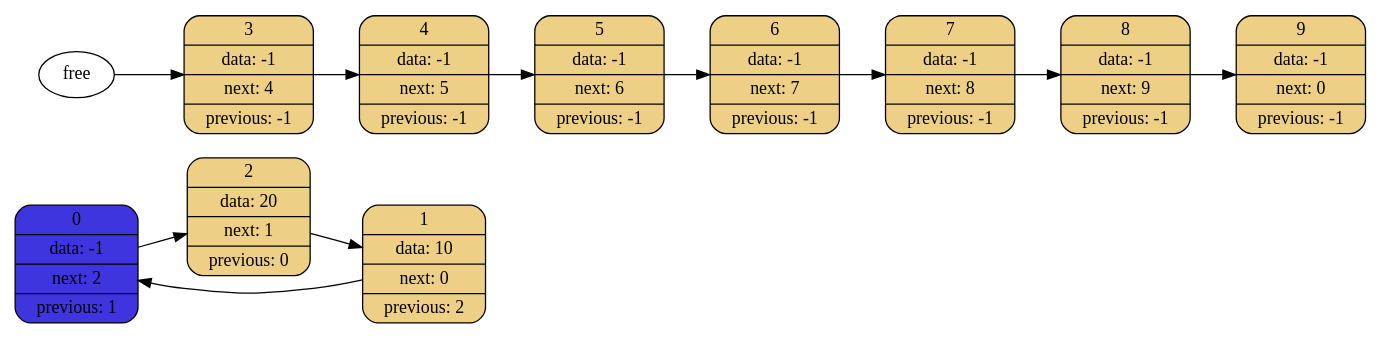
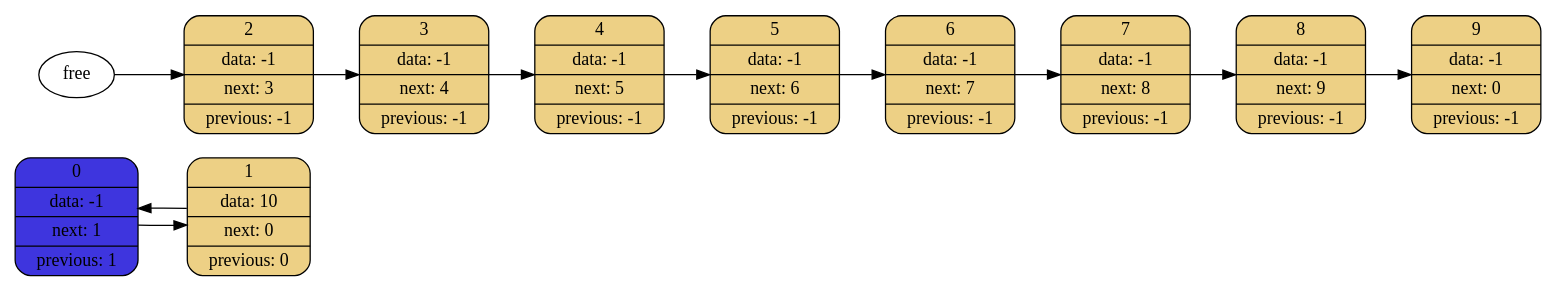
One commit to petrgot2406/doubly_linked_list changed the diagram in Dump.dot. Above: the diagram before and after it, drawn with Graphviz. The commit also changed 7 other files, not shown here.

```diff
--- a/Dump.dot
+++ b/Dump.dot
@@ -1,24 +1,24 @@
 digraph list {
     rankdir = LR
-    node0 [shape = Mrecord, style = "filled", label = "0 | data: -1| next: 2 | previous: 1", fillcolor = "#3e35de"]
-    node1 [shape = Mrecord, style = "filled", label = "1 | data: 10 | next: 0 | previous: 2", fillcolor = "#edd085"]
-    node2 [shape = Mrecord, style = "filled", label = "2 | data: 20 | next: 1 | previous: 0", fillcolor = "#edd085"]
+    node0 [shape = Mrecord, style = "filled", label = "0 | data: -1| next: 1 | previous: 1", fillcolor = "#3e35de"]
+    node1 [shape = Mrecord, style = "filled", label = "1 | data: 10 | next: 0 | previous: 0", fillcolor = "#edd085"]
+    node2 [shape = Mrecord, style = "filled", label = "2 | data: -1 | next: 3 | previous: -1", fillcolor = "#edd085"]
     node3 [shape = Mrecord, style = "filled", label = "3 | data: -1 | next: 4 | previous: -1", fillcolor = "#edd085"]
     node4 [shape = Mrecord, style = "filled", label = "4 | data: -1 | next: 5 | previous: -1", fillcolor = "#edd085"]
     node5 [shape = Mrecord, style = "filled", label = "5 | data: -1 | next: 6 | previous: -1", fillcolor = "#edd085"]
     node6 [shape = Mrecord, style = "filled", label = "6 | data: -1 | next: 7 | previous: -1", fillcolor = "#edd085"]
     node7 [shape = Mrecord, style = "filled", label = "7 | data: -1 | next: 8 | previous: -1", fillcolor = "#edd085"]
     node8 [shape = Mrecord, style = "filled", label = "8 | data: -1 | next: 9 | previous: -1", fillcolor = "#edd085"]
     node9 [shape = Mrecord, style = "filled", label = "9 | data: -1 | next: 0 | previous: -1", fillcolor = "#edd085"]
     free [fillcolor = "black", color = "black"]
-    node0 -> node2[color = "black"]
-    node2 -> node1[color = "black"]
+    node0 -> node1[color = "black"]
     node1 -> node0[color = "black"]
-    free -> node3[color = "black"]
+    free -> node2[color = "black"]
+    node2 -> node3[color = "black"]
     node3 -> node4[color = "black"]
     node4 -> node5[color = "black"]
     node5 -> node6[color = "black"]
     node6 -> node7[color = "black"]
     node7 -> node8[color = "black"]
     node8 -> node9[color = "black"]
 }
```
